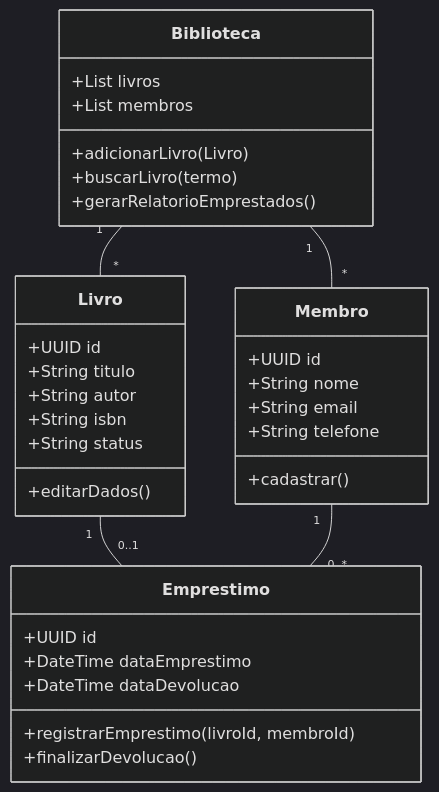
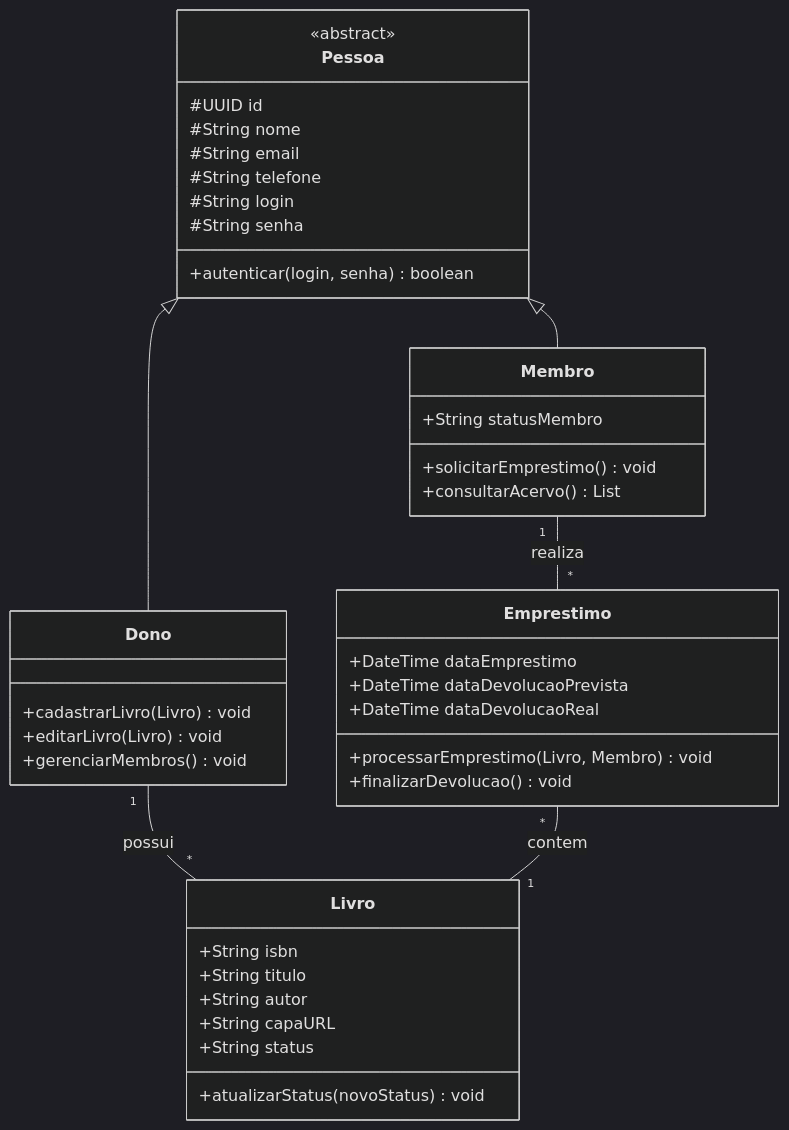
Before and after one commit to brenimcode/little_biblio: the diagram in README.md, drawn with Mermaid (dark theme). The commit also changed other lines of this file, not shown here.

Commit message:
Implementação de Diagrama de Classes e rastreabilidade de requisitos

````diff
--- a/README.md
+++ b/README.md
@@ -22,38 +22,45 @@
 ```mermaid
 classDiagram
+    class Pessoa {
+        <<abstract>>
+        #UUID id
+        #String nome
+        #String email
+        #String telefone
+        #String login
+        #String senha
+        +autenticar(login, senha) boolean
+    }
+    class Dono {
+        +cadastrarLivro(Livro) void
+        +editarLivro(Livro) void
+        +gerenciarMembros() void
+    }
+    class Membro {
+        +String statusMembro
+        +solicitarEmprestimo() void
+        +consultarAcervo() List
+    }
     class Livro {
-        +UUID id
+        +String isbn
         +String titulo
         +String autor
-        +String isbn
+        +String capaURL
         +String status
-        +editarDados()
-    }
-    class Membro {
-        +UUID id
-        +String nome
-        +String email
-        +String telefone
-        +cadastrar()
+        +atualizarStatus(novoStatus) void
     }
     class Emprestimo {
-        +UUID id
         +DateTime dataEmprestimo
-        +DateTime dataDevolucao
-        +registrarEmprestimo(livroId, membroId)
-        +finalizarDevolucao()
-    }
-    class Biblioteca {
-        +List livros
-        +List membros
-        +adicionarLivro(Livro)
-        +buscarLivro(termo)
-        +gerarRelatorioEmprestados()
+        +DateTime dataDevolucaoPrevista
+        +DateTime dataDevolucaoReal
+        +processarEmprestimo(Livro, Membro) void
+        +finalizarDevolucao() void
     }
 
-    Livro "1" -- "0..1" Emprestimo
-    Membro "1" -- "0..*" Emprestimo
-    Biblioteca "1" -- "*" Livro
-    Biblioteca "1" -- "*" Membro
+    Pessoa <|-- Dono
+    Pessoa <|-- Membro
+    Dono "1" -- "*" Livro : possui
+    Membro "1" -- "*" Emprestimo : realiza
+    Emprestimo "*" -- "1" Livro : contem
 
 ```
````
